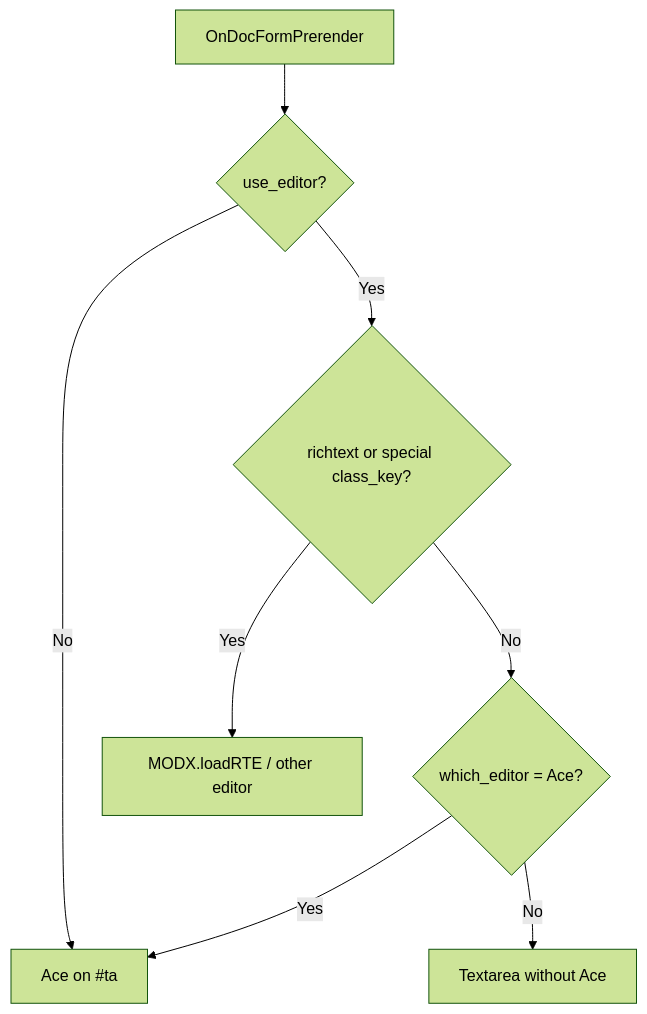
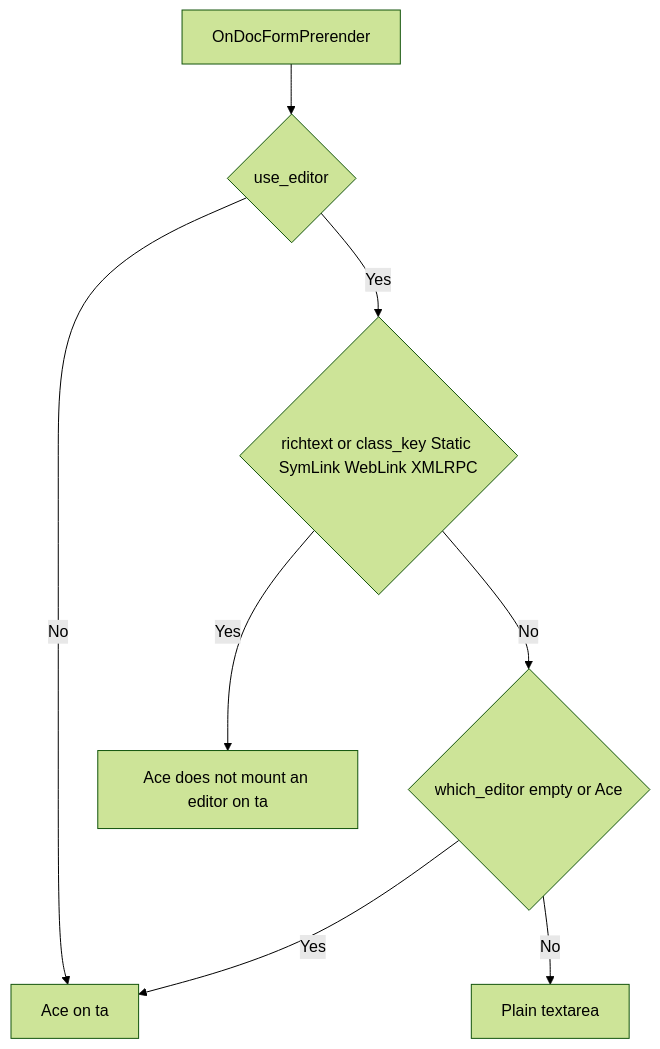
One commit to modx-pro/Docs changed the diagram in docs/en/components/ace/integration.md. Above: the diagram before and after it, drawn with Mermaid (forest theme). The commit also changed other lines of this file and 11 other files, not shown here.

````diff
--- a/docs/en/components/ace/integration.md
+++ b/docs/en/components/ace/integration.md
@@ -27,18 +26,18 @@
 ```mermaid
 flowchart TD
     start[OnDocFormPrerender]
-    useEd{use_editor?}
-    rich{richtext or special class_key?}
-    which{which_editor = Ace?}
-    ace[Ace on #ta]
-    rte[MODX.loadRTE / other editor]
-    plain[Textarea without Ace]
+    useEd{use_editor}
+    rich{richtext or class_key Static SymLink WebLink XMLRPC}
+    which{which_editor empty or Ace}
+    ace[Ace on ta]
+    skip[Ace does not mount an editor on ta]
+    plain[Plain textarea]
 
     start --> useEd
     useEd -->|No| ace
     useEd -->|Yes| rich
-    rich -->|Yes| rte
+    rich -->|Yes| skip
     rich -->|No| which
     which -->|Yes| ace
     which -->|No| plain
 ```
````
